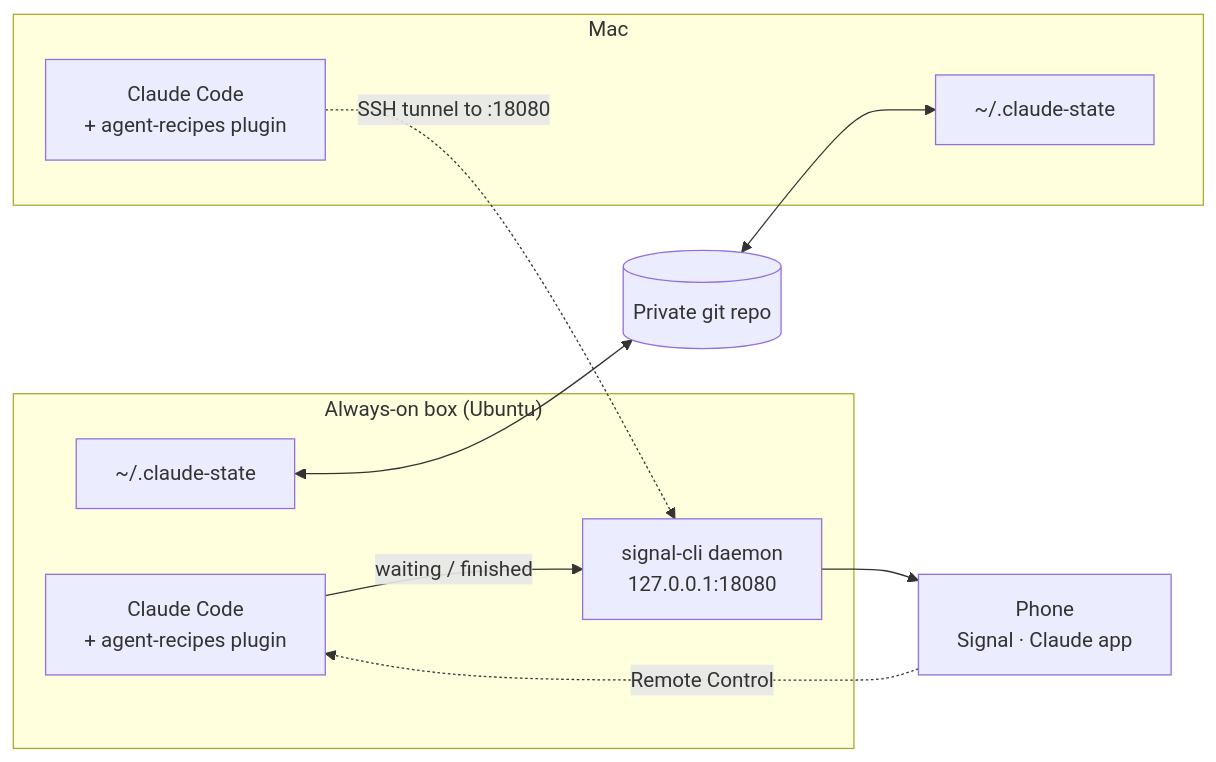
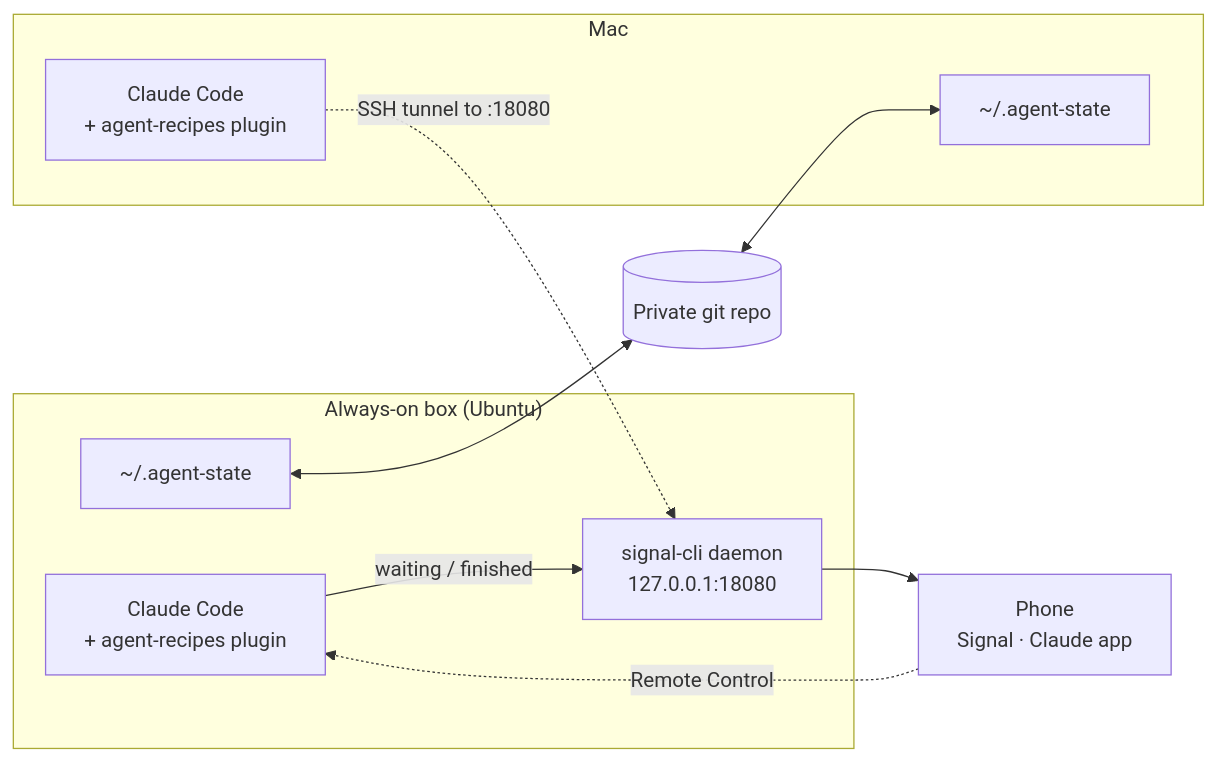
Before and after one commit to wojciechkpl/agent-recipes: the diagram in docs/TUTORIAL-notifications-sync.md, drawn with Mermaid. The commit also changed other lines of this file and 3 other files, not shown here.

````diff
--- a/docs/TUTORIAL-notifications-sync.md
+++ b/docs/TUTORIAL-notifications-sync.md
@@ -11,18 +11,18 @@
 ```mermaid
 flowchart LR
     subgraph BOX["Always-on box (Ubuntu)"]
         C1["Claude Code<br/>+ agent-recipes plugin"]
         D["signal-cli daemon<br/>127.0.0.1:18080"]
-        S1["~/.claude-state"]
+        S1["~/.agent-state"]
     end
     subgraph MAC["Mac"]
         C2["Claude Code<br/>+ agent-recipes plugin"]
-        S2["~/.claude-state"]
+        S2["~/.agent-state"]
     end
     PH["Phone<br/>Signal · Claude app"]
     R[("Private git repo")]
     C1 -->|"waiting / finished"| D --> PH
     C2 -.->|"SSH tunnel to :18080"| D
     S1 <--> R <--> S2
     PH -.->|"Remote Control"| C1
 ```
````
